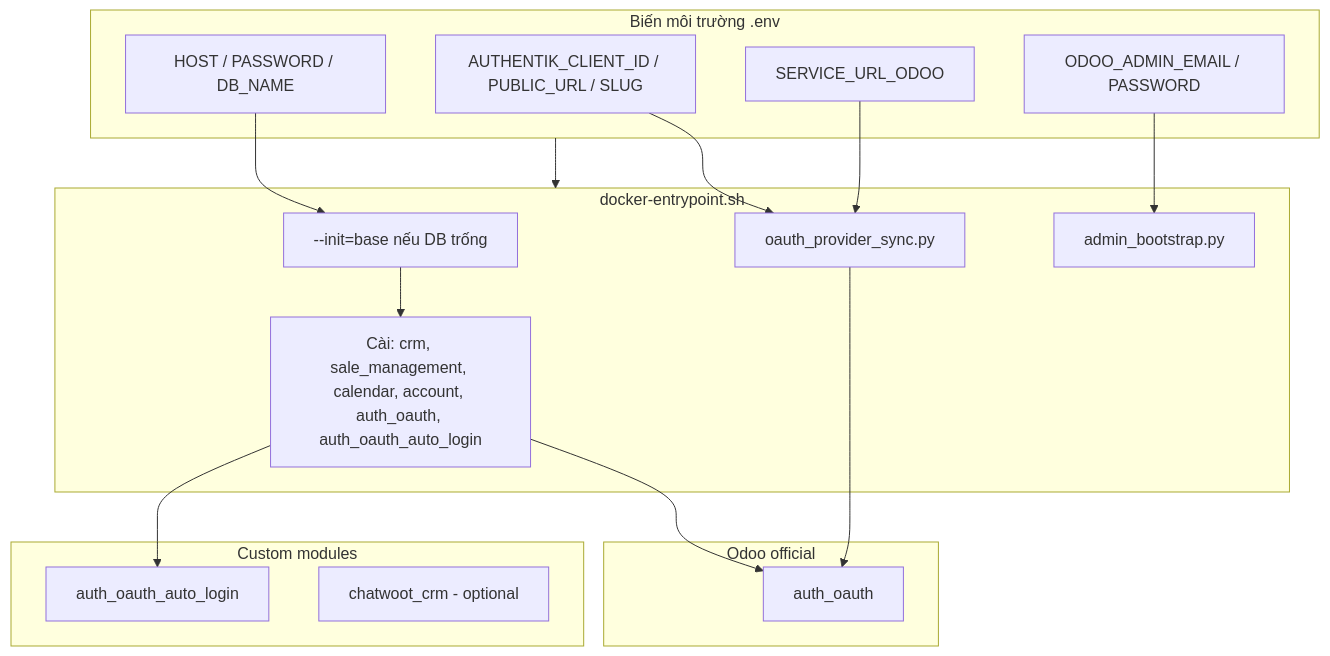
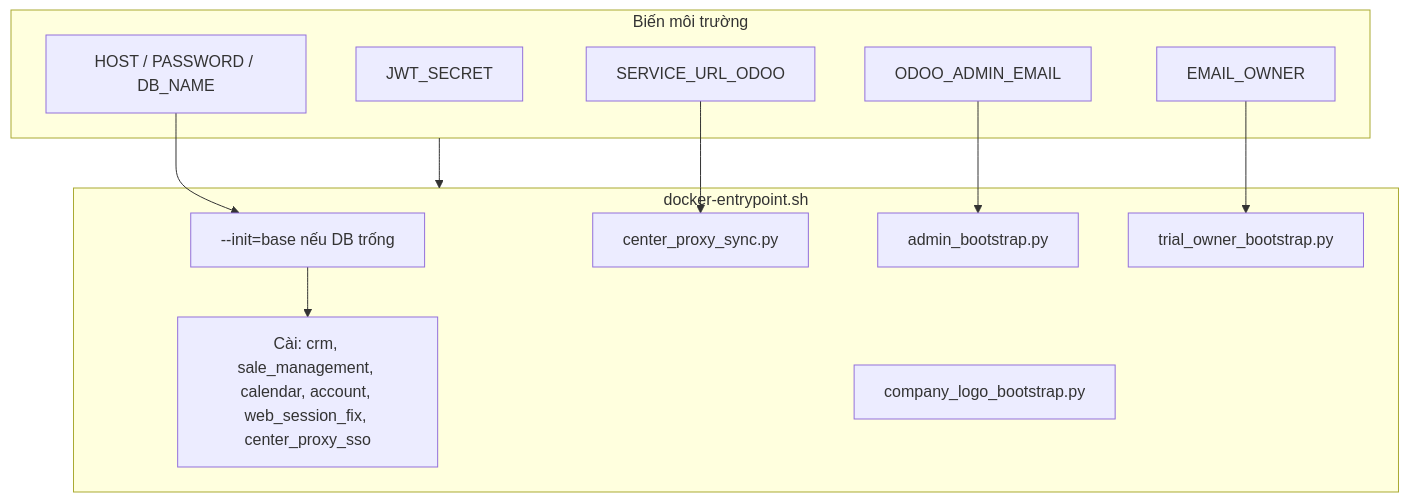
Before and after one commit to abeetran/lodoo: the diagram in readme.md, drawn with Mermaid. The commit also changed other lines of this file and 41 other files, not shown here.

````diff
--- a/readme.md
+++ b/readme.md
@@ -30,35 +31,26 @@
 ```mermaid
 flowchart TB
-    subgraph env [Biến môi trường .env]
-        AK[AUTHENTIK_CLIENT_ID / PUBLIC_URL / SLUG]
+    subgraph env [Biến môi trường]
+        JWT[JWT_SECRET]
         SU[SERVICE_URL_ODOO]
-        ADM[ODOO_ADMIN_EMAIL / PASSWORD]
+        EO[EMAIL_OWNER]
+        ADM[ODOO_ADMIN_EMAIL]
         DB[HOST / PASSWORD / DB_NAME]
     end
 
     subgraph entry [docker-entrypoint.sh]
         INIT["--init=base nếu DB trống"]
-        BIZ["Cài: crm, sale_management, calendar, account, auth_oauth, auth_oauth_auto_login"]
-        OAUTH[oauth_provider_sync.py]
+        BIZ["Cài: crm, sale_management, calendar, account, web_session_fix, center_proxy_sso"]
+        SYNC[center_proxy_sync.py]
         BOOT[admin_bootstrap.py]
-    end
-
-    subgraph odoo_official [Odoo official]
-        AO[auth_oauth]
-    end
-
-    subgraph custom [Custom modules]
-        AAL[auth_oauth_auto_login]
-        CW[chatwoot_crm - optional]
+        OWNER[trial_owner_bootstrap.py]
+        LOGO[company_logo_bootstrap.py]
     end
 
     env --> entry
     INIT --> BIZ
-    BIZ --> AO
-    BIZ --> AAL
-    AK --> OAUTH
-    SU --> OAUTH
-    OAUTH --> AO
+    SU --> SYNC
     ADM --> BOOT
+    EO --> OWNER
     DB --> INIT
 ```
````
